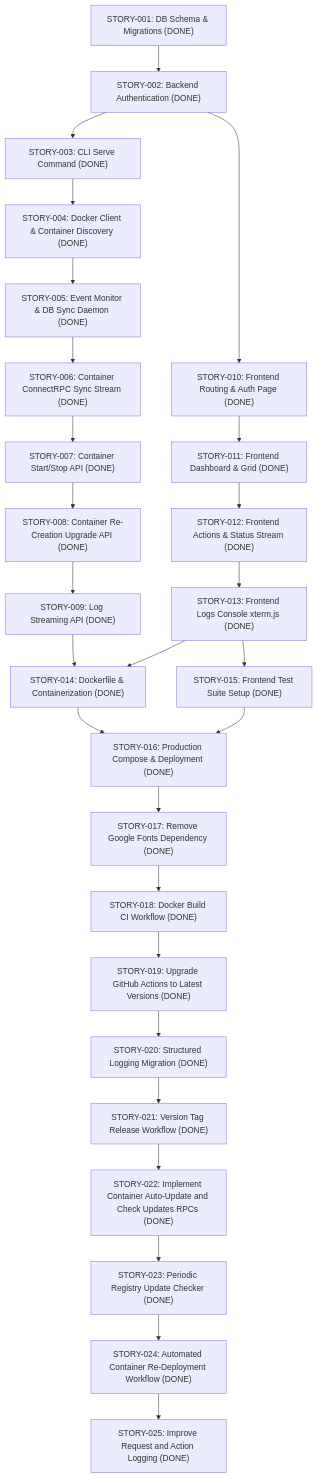
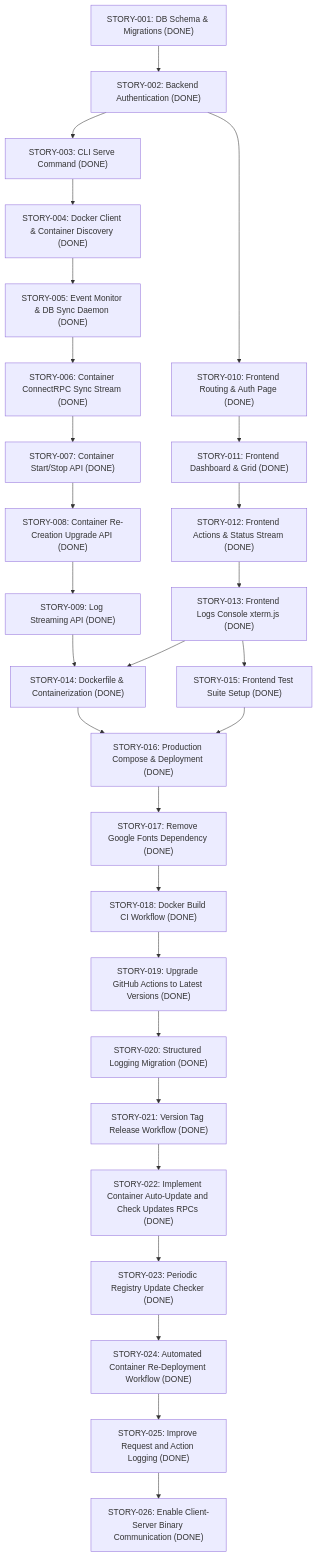
The diagram in docs/stories.md (noosxe/dmanager), drawn with Mermaid before and after one commit. The commit also changed other lines of this file and 2 other files, not shown here.

First line of the commit message:
feat: enable binary communication format on connect transport (#46)

````diff
--- a/docs/stories.md
+++ b/docs/stories.md
@@ -5,29 +5,30 @@
 ```mermaid
 graph TD
     S1["STORY-001: DB Schema & Migrations (DONE)"] --> S2["STORY-002: Backend Authentication (DONE)"]
     S2 --> S3["STORY-003: CLI Serve Command (DONE)"]
     S3 --> S4["STORY-004: Docker Client & Container Discovery (DONE)"]
     S4 --> S5["STORY-005: Event Monitor & DB Sync Daemon (DONE)"]
     S5 --> S6["STORY-006: Container ConnectRPC Sync Stream (DONE)"]
     S6 --> S7["STORY-007: Container Start/Stop API (DONE)"]
     S7 --> S8["STORY-008: Container Re-Creation Upgrade API (DONE)"]
     S8 --> S9["STORY-009: Log Streaming API (DONE)"]
     S2 --> F1["STORY-010: Frontend Routing & Auth Page (DONE)"]
     F1 --> F2["STORY-011: Frontend Dashboard & Grid (DONE)"]
     F2 --> F3["STORY-012: Frontend Actions & Status Stream (DONE)"]
     F3 --> F4["STORY-013: Frontend Logs Console xterm.js (DONE)"]
     S9 --> S14["STORY-014: Dockerfile & Containerization (DONE)"]
     F4 --> S14
     F4 --> F5["STORY-015: Frontend Test Suite Setup (DONE)"]
     S14 --> S16["STORY-016: Production Compose & Deployment (DONE)"]
     F5 --> S16
     S16 --> F17["STORY-017: Remove Google Fonts Dependency (DONE)"]
     F17 --> S18["STORY-018: Docker Build CI Workflow (DONE)"]
     S18 --> S19["STORY-019: Upgrade GitHub Actions to Latest Versions (DONE)"]
     S19 --> S20["STORY-020: Structured Logging Migration (DONE)"]
     S20 --> S21["STORY-021: Version Tag Release Workflow (DONE)"]
     S21 --> S22["STORY-022: Implement Container Auto-Update and Check Updates RPCs (DONE)"]
     S22 --> S23["STORY-023: Periodic Registry Update Checker (DONE)"]
     S23 --> S24["STORY-024: Automated Container Re-Deployment Workflow (DONE)"]
     S24 --> S25["STORY-025: Improve Request and Action Logging (DONE)"]
+    S25 --> S26["STORY-026: Enable Client-Server Binary Communication (DONE)"]
 ```
````
